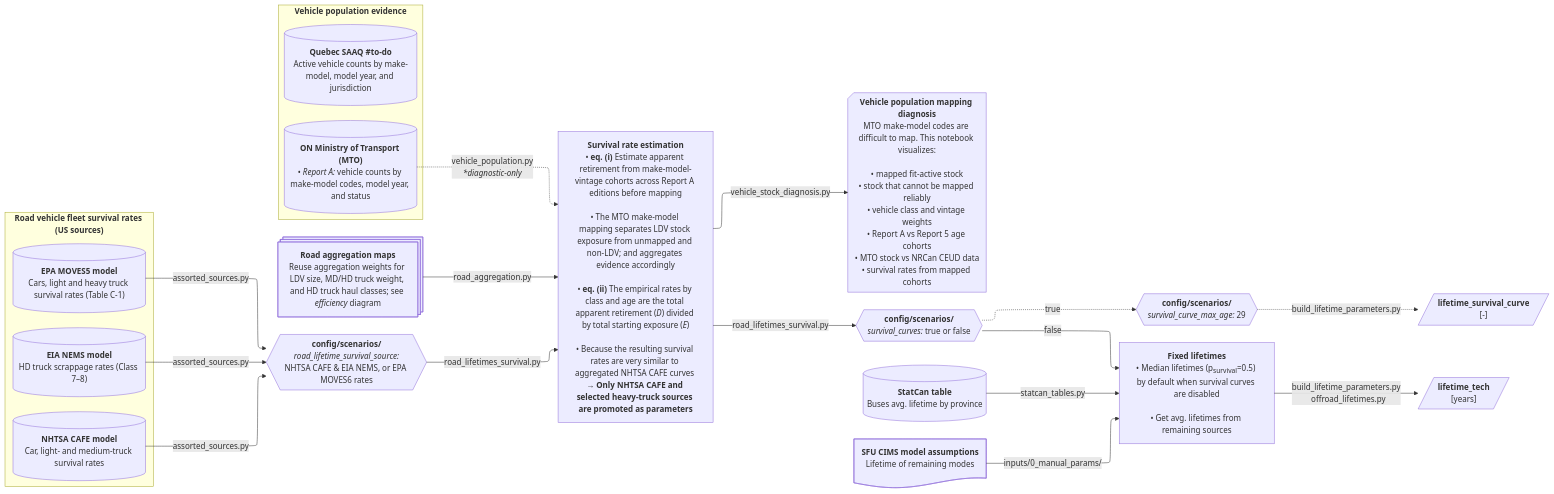
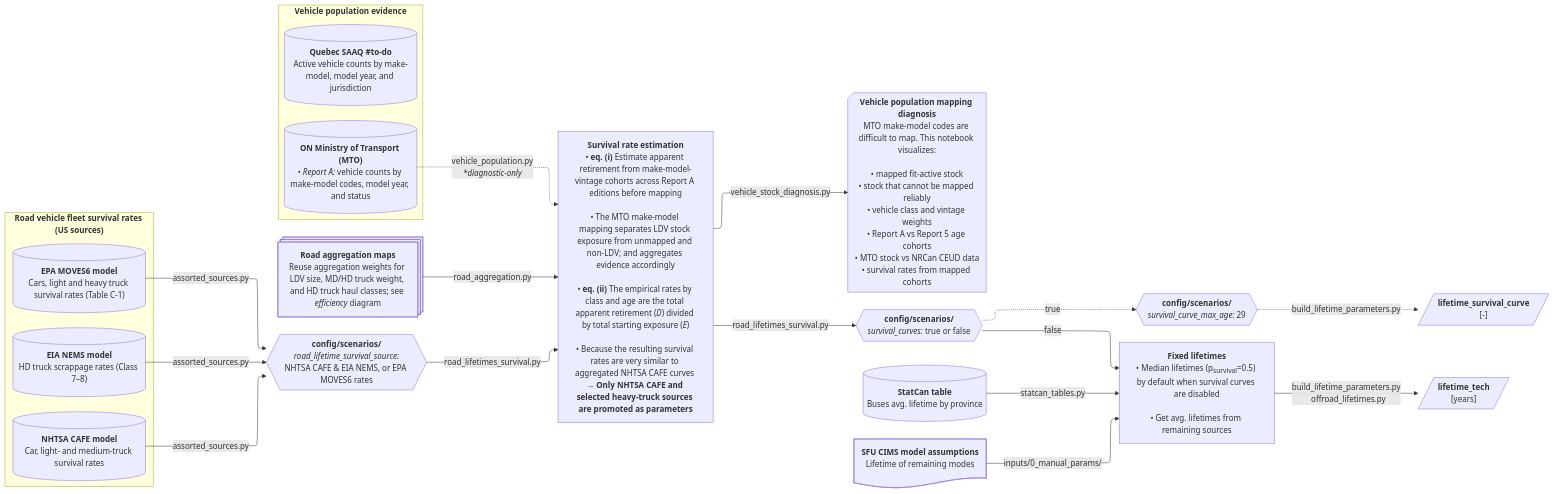
The fifth of 12 diagrams in docs/etl_flowcharts.md (CANOE-main/canoe-transportation), drawn with Mermaid before and after one commit. The commit also changed 177 other files, not shown here.

```diff
--- a/docs/etl_flowcharts.md
+++ b/docs/etl_flowcharts.md
@@ -315,7 +315,7 @@
       Car, light- and medium-truck survival rates`")]
     s3[("`**EIA NEMS model**
       HD truck scrappage rates (Class 7–8)`")]
-    s7[("`**EPA MOVES5 model**
+    s7[("`**EPA MOVES6 model**
       Cars, light and heavy truck survival rates (Table C-1)`")]
   end
 
```
